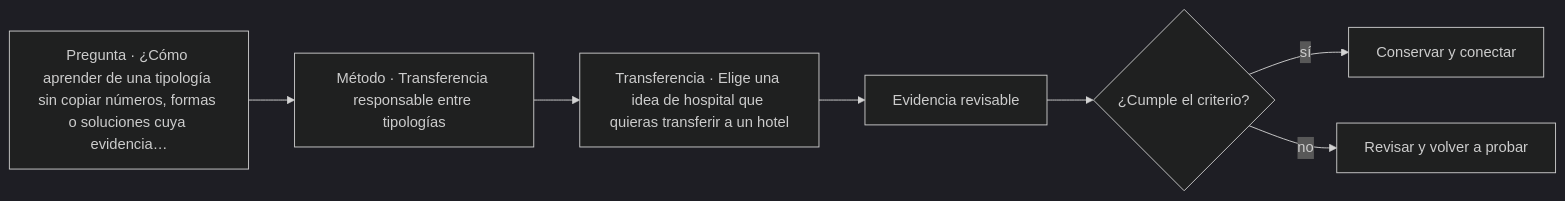
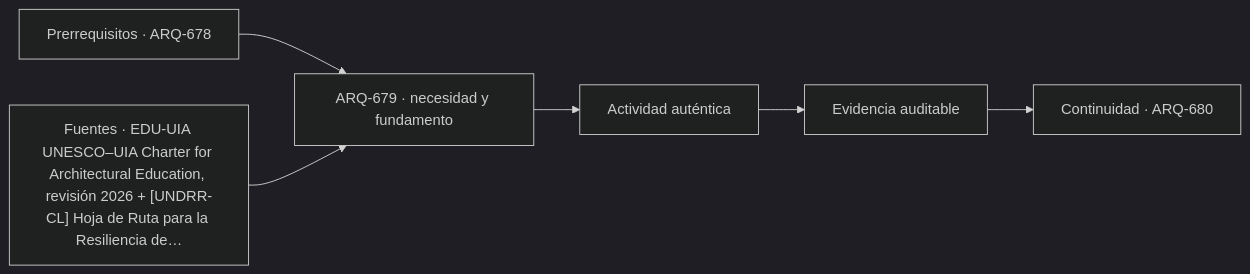
One commit to vladimiracunadev-create/architecture-built-environment-learning-program changed the diagram in classes/parte-68/ARQ-679.md. Above: the diagram before and after it, drawn with Mermaid (dark theme). The commit also changed other lines of this file and 761 other files, not shown here.

````diff
--- a/classes/parte-68/ARQ-679.md
+++ b/classes/parte-68/ARQ-679.md
@@ -68,9 +80,8 @@
 ```mermaid
 flowchart LR
-    Q["Pregunta · ¿Cómo aprender de una tipología sin copiar números, formas o soluciones cuya evidencia…"] --> M["Método · Transferencia responsable entre tipologías"]
-    M --> P["Transferencia · Elige una idea de hospital que quieras transferir a un hotel"]
-    P --> E["Evidencia revisable"]
-    E --> C{"¿Cumple el criterio?"}
-    C -->|sí| T["Conservar y conectar"]
-    C -->|no| R["Revisar y volver a probar"]
+    A["Prerrequisitos · ARQ-678"] --> B["ARQ-679 · necesidad y fundamento"]
+    S["Fuentes · EDU-UIA UNESCO–UIA Charter for Architectural Education, revisión 2026 + [UNDRR-CL] Hoja de Ruta para la Resiliencia de…"] --> B
+    B --> C["Actividad auténtica"]
+    C --> D["Evidencia auditable"]
+    D --> E["Continuidad · ARQ-680"]
 ```
````
